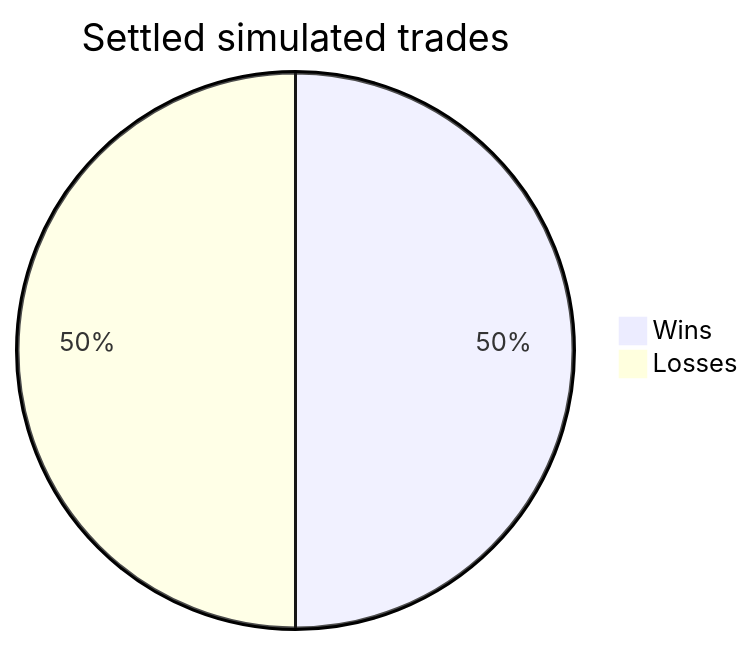
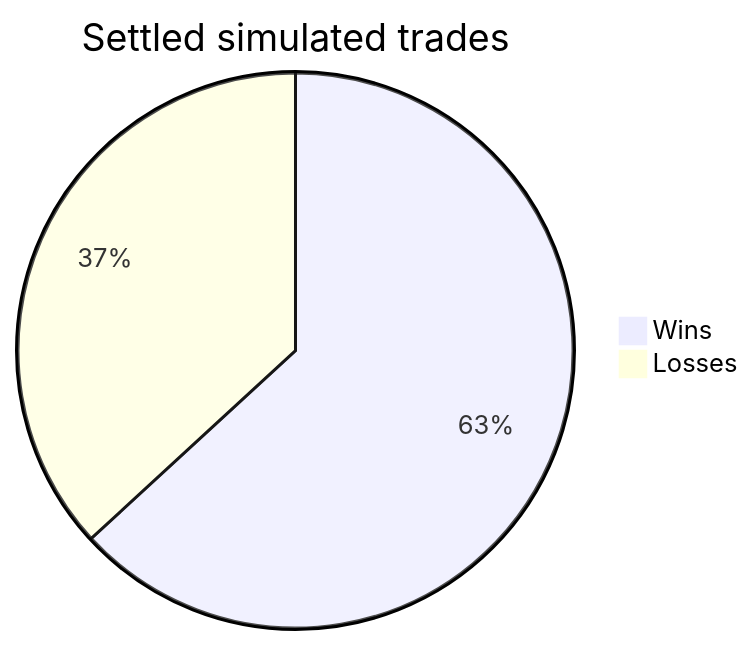
Before and after one commit to cheeseonamonkey/PaperLab: the diagram in docs/bots/btc_reversion.md, drawn with Mermaid. The commit also changed other lines of this file and 34 other files, not shown here.

````diff
--- a/docs/bots/btc_reversion.md
+++ b/docs/bots/btc_reversion.md
@@ -22,5 +22,5 @@
 ```mermaid
 pie title Settled simulated trades
-    "Wins" : 6
-    "Losses" : 6
+    "Wins" : 12
+    "Losses" : 7
 ```
````
